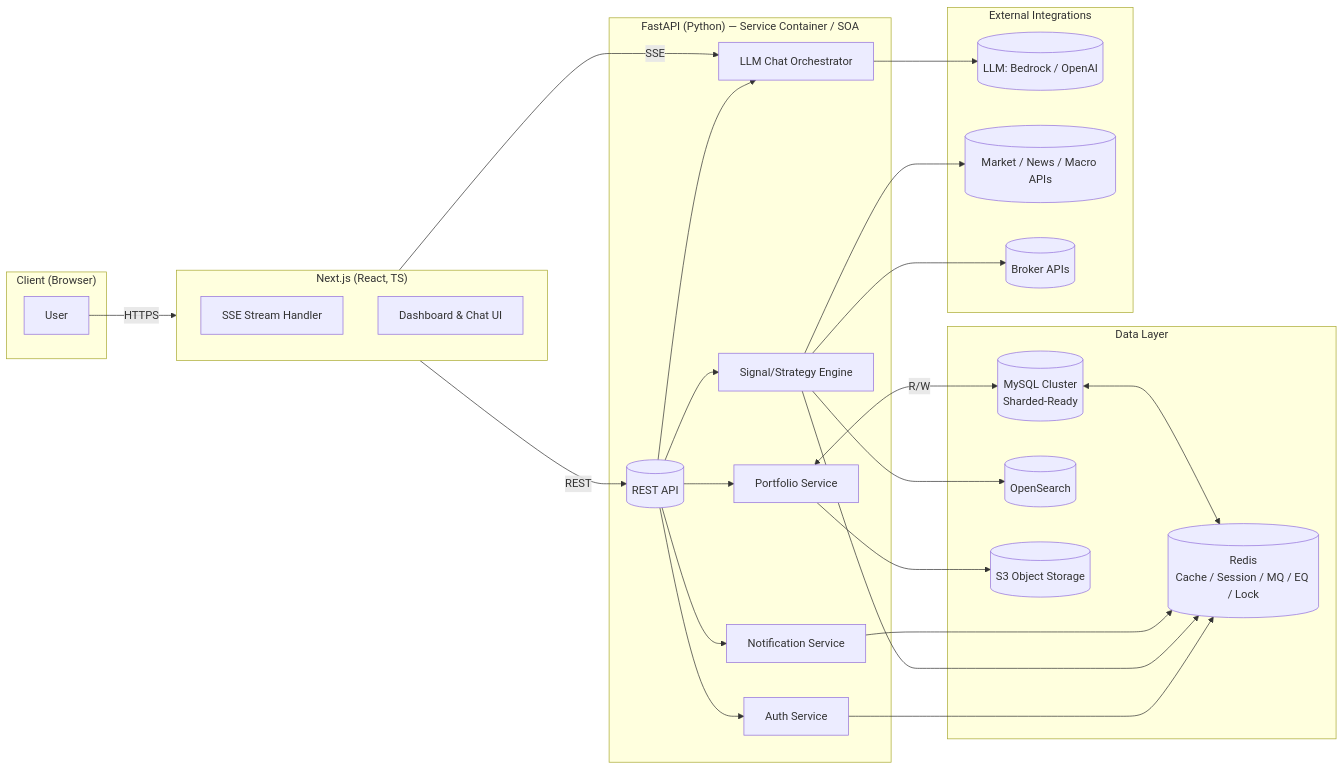
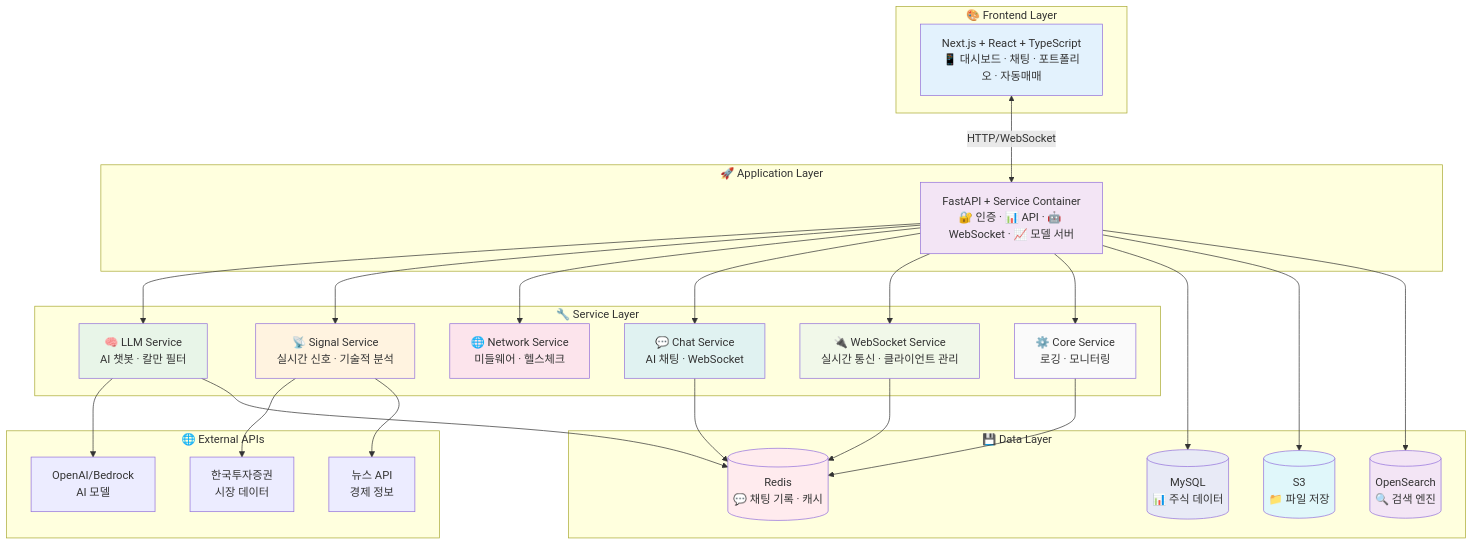
Before and after one commit to SKNETWORKS-FAMILY-AICAMP/SKN12-FINAL-2TEAM: the first of 3 diagrams in README.md, drawn with Mermaid. The commit also changed other lines of this file, not shown here.

````diff
--- a/README.md
+++ b/README.md
@@ -90,55 +78,67 @@
 ```mermaid
-flowchart LR
-  subgraph Client["Client (Browser)"]
-    U[User]
-  end
-
-  subgraph FE["Next.js (React, TS)"]
-    SSE[SSE Stream Handler]
-    UI[Dashboard & Chat UI]
-  end
-
-  subgraph BE["FastAPI (Python) — Service Container / SOA"]
-    API[(REST API)]
-    SVC_Auth[Auth Service]
-    SVC_Portfolio[Portfolio Service]
-    SVC_Chat[LLM Chat Orchestrator]
-    SVC_Signal[Signal/Strategy Engine]
-    SVC_Notify[Notification Service]
-  end
-
-  subgraph Data["Data Layer"]
-    MYSQL[(MySQL Cluster<br/>Sharded-Ready)]
-    REDIS[(Redis<br/>Cache / Session / MQ / EQ / Lock)]
-    SEARCH[(OpenSearch)]
-    S3[(S3 Object Storage)]
-  end
-
-  subgraph External["External Integrations"]
-    LLM[(LLM: Bedrock / OpenAI)]
-    MDATA[(Market / News / Macro APIs)]
-    BROKER[(Broker APIs)]
-  end
-
-  U -->|HTTPS| FE
-  FE -->|REST| API
-  FE -->|SSE| SVC_Chat
-
-  API --> SVC_Auth
-  API --> SVC_Portfolio
-  API --> SVC_Chat
-  API --> SVC_Signal
-  API --> SVC_Notify
-
-  SVC_Auth --> REDIS
-  SVC_Portfolio <-->|R/W| MYSQL
-  SVC_Portfolio --> S3
-  SVC_Chat --> LLM
-  SVC_Signal --> MDATA
-  SVC_Signal --> SEARCH
-  SVC_Signal --> REDIS
-  SVC_Signal --> BROKER
-  SVC_Notify --> REDIS
-
-  MYSQL <--> REDIS
+graph TB
+    subgraph "🎨 Frontend Layer"
+        FE[Next.js + React + TypeScript<br/>📱 대시보드 · 채팅 · 포트폴리오 · 자동매매]
+    end
+    
+    subgraph "🚀 Application Layer"
+        APP[FastAPI + Service Container<br/>🔐 인증 · 📊 API · 🤖 WebSocket · 📈 모델 서버]
+    end
+    
+    subgraph "🔧 Service Layer"
+        LLM[🧠 LLM Service<br/>AI 챗봇 · 칼만 필터]
+        SIG[📡 Signal Service<br/>실시간 신호 · 기술적 분석]
+        NET[🌐 Network Service<br/>미들웨어 · 헬스체크]
+        CHAT[💬 Chat Service<br/>AI 채팅 · WebSocket]
+        WS[🔌 WebSocket Service<br/>실시간 통신 · 클라이언트 관리]
+        CORE[⚙️ Core Service<br/>로깅 · 모니터링]
+    end
+    
+    subgraph "💾 Data Layer"
+        MYSQL[(MySQL<br/>📊 주식 데이터)]
+        REDIS[(Redis<br/>💬 채팅 기록 · 캐시)]
+        S3[(S3<br/>📁 파일 저장)]
+        SEARCH[(OpenSearch<br/>🔍 검색 엔진)]
+    end
+    
+    subgraph "🌐 External APIs"
+        LLM_API[OpenAI/Bedrock<br/>AI 모델]
+        MARKET[한국투자증권<br/>시장 데이터]
+        NEWS[뉴스 API<br/>경제 정보]
+    end
+    
+    %% 연결 관계
+    FE <-->|HTTP/WebSocket| APP
+    APP --> LLM
+    APP --> SIG
+    APP --> NET
+    APP --> CHAT
+    APP --> WS
+    APP --> CORE
+    
+    LLM --> LLM_API
+    SIG --> MARKET
+    SIG --> NEWS
+    
+    LLM --> REDIS
+    CHAT --> REDIS
+    WS --> REDIS
+    CORE --> REDIS
+    
+    APP --> MYSQL
+    APP --> S3
+    APP --> SEARCH
+    
+    style FE fill:#e3f2fd
+    style APP fill:#f3e5f5
+    style LLM fill:#e8f5e8
+    style SIG fill:#fff3e0
+    style NET fill:#fce4ec
+    style CHAT fill:#e0f2f1
+    style WS fill:#f1f8e9
+    style CORE fill:#fafafa
+    style MYSQL fill:#e8eaf6
+    style REDIS fill:#ffebee
+    style S3 fill:#e0f7fa
+    style SEARCH fill:#f3e5f5
 ```
````
